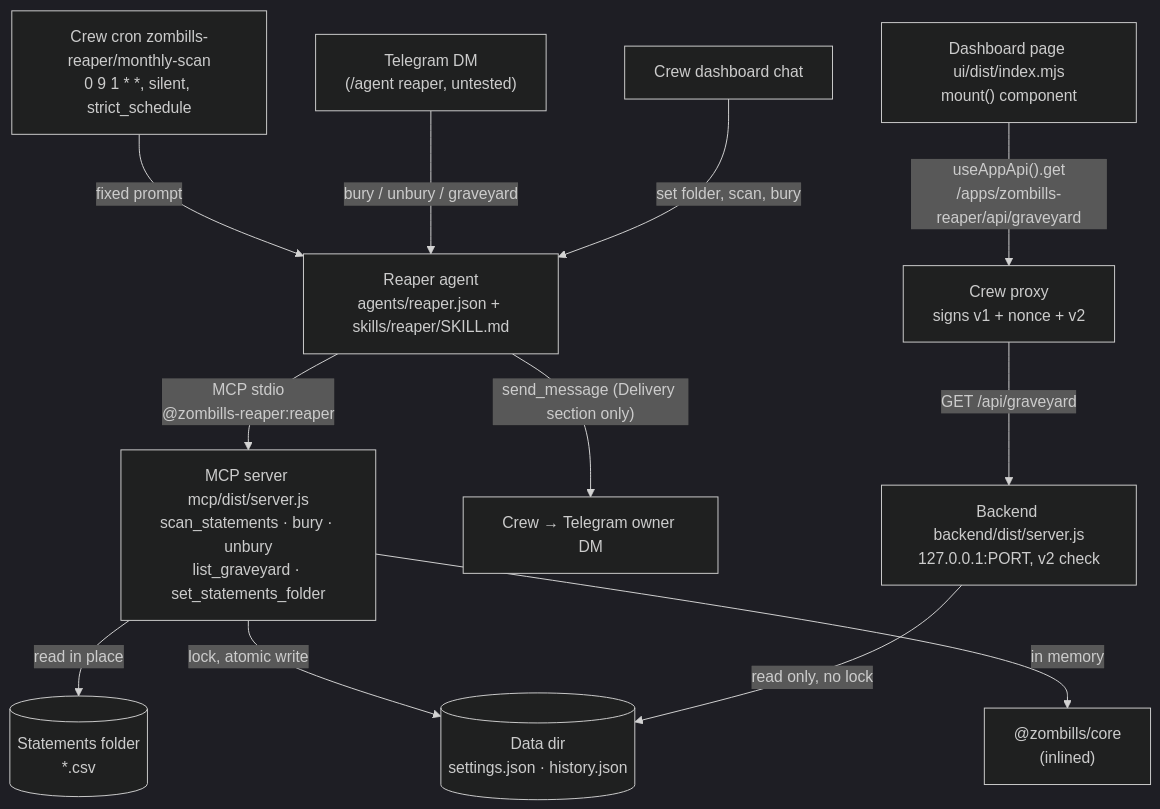
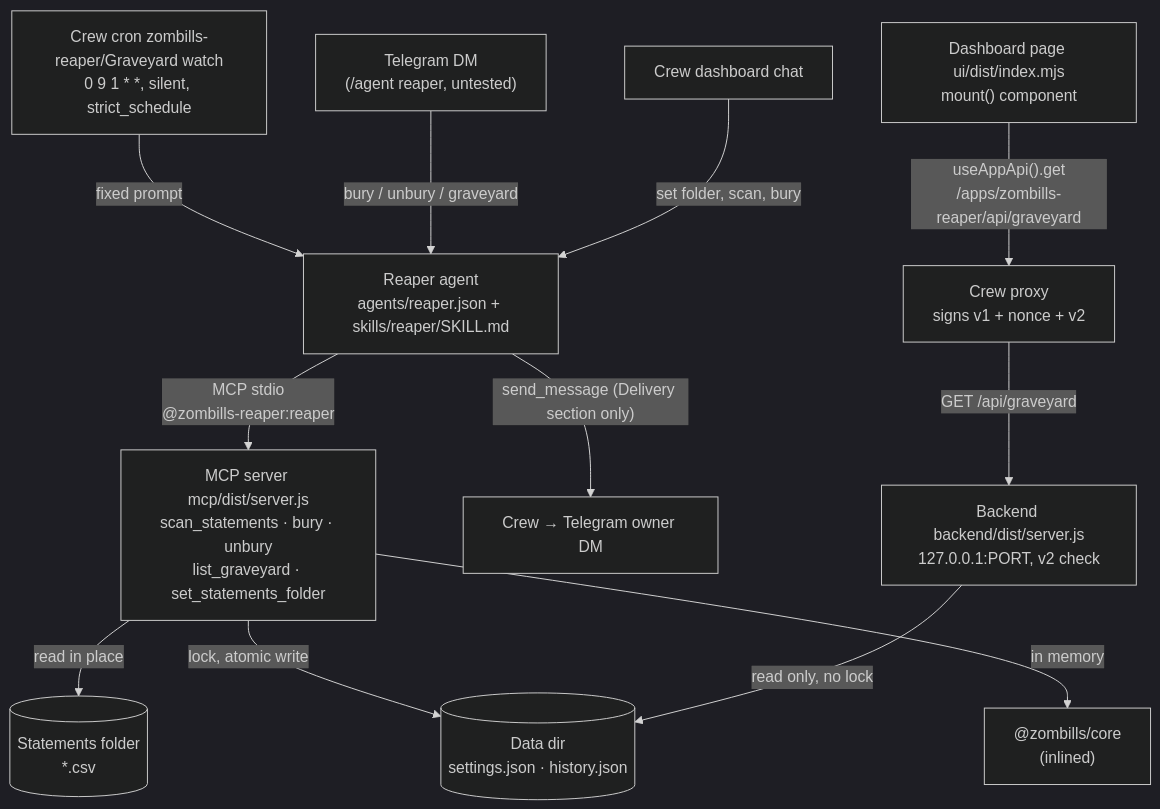
The first of 3 diagrams in .kiro/specs/reaper/design.md (zaxcoraider/zombills-reaper), drawn with Mermaid (dark theme) before and after one commit. The commit also changed other lines of this file and 4 other files, not shown here.

Commit message:
feat: rename monthly cron to Graveyard watch (user choice for the phone footer)

````diff
--- a/.kiro/specs/reaper/design.md
+++ b/.kiro/specs/reaper/design.md
@@ -67,14 +67,14 @@
 ```mermaid
 flowchart TD
-    CRON["Crew cron zombills-reaper/monthly-scan<br/>0 9 1 * *, silent, strict_schedule"] -- "fixed prompt" --> AGENT
+    CRON["Crew cron zombills-reaper/Graveyard watch<br/>0 9 1 * *, silent, strict_schedule"] -- "fixed prompt" --> AGENT
     TG["Telegram DM<br/>(/agent reaper, untested)"] -- "bury / unbury / graveyard" --> AGENT
     DCHAT["Crew dashboard chat"] -- "set folder, scan, bury" --> AGENT
     AGENT["Reaper agent<br/>agents/reaper.json + skills/reaper/SKILL.md"] -- "MCP stdio<br/>@zombills-reaper:reaper" --> MCP
     AGENT -- "send_message (Delivery section only)" --> CREWTG["Crew → Telegram owner DM"]
     MCP["MCP server mcp/dist/server.js<br/>scan_statements · bury · unbury<br/>list_graveyard · set_statements_folder"] -- "read in place" --> FOLDER[("Statements folder<br/>*.csv")]
     MCP -- "lock, atomic write" --> DATA[("Data dir<br/>settings.json · history.json")]
     MCP -- "in memory" --> CORE["@zombills/core<br/>(inlined)"]
     PAGE["Dashboard page ui/dist/index.mjs<br/>mount() component"] -- "useAppApi().get<br/>/apps/zombills-reaper/api/graveyard" --> PROXY["Crew proxy<br/>signs v1 + nonce + v2"]
     PROXY -- "GET /api/graveyard" --> BACK["Backend backend/dist/server.js<br/>127.0.0.1:PORT, v2 check"]
     BACK -- "read only, no lock" --> DATA
 ```
````
